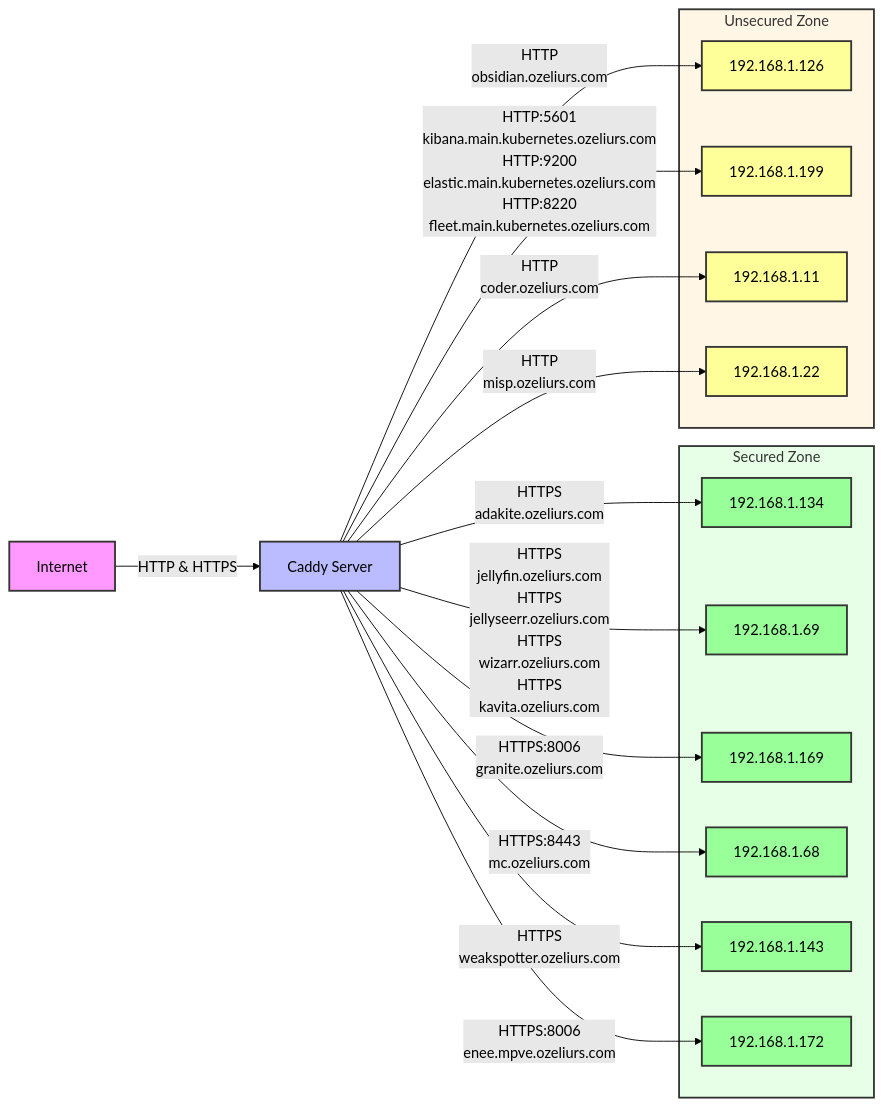
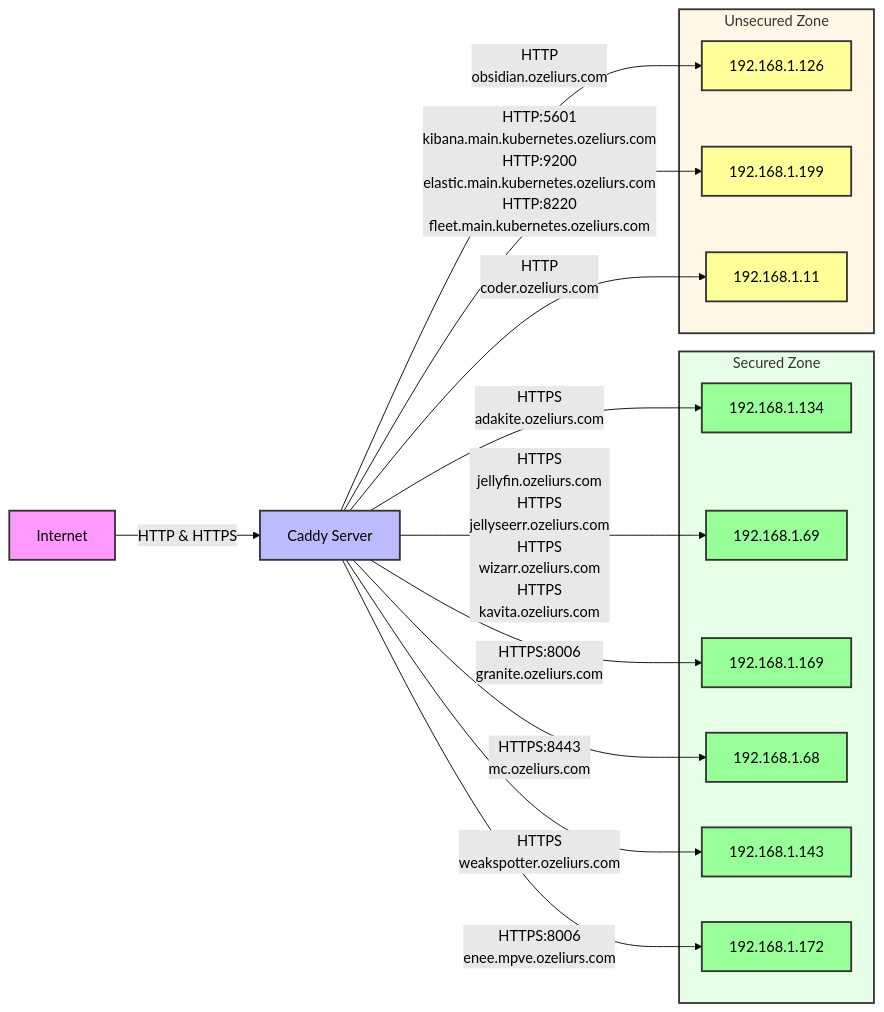
The diagram in README.md (ozeliurs/dc-reverse-proxy-config), drawn with Mermaid (forest theme) before and after one commit. The commit also changed 1 other file, not shown here.

Commit message:
Generate and update Caddyfile, Mermaid diagram, and Dockerfile

````diff
--- a/README.md
+++ b/README.md
@@ -34,60 +34,57 @@
 ```mermaid
 graph LR
     %% Style definitions
     classDef internet fill:#f9f,stroke:#333,stroke-width:2px;
     classDef proxy fill:#bbf,stroke:#333,stroke-width:2px;
     classDef backend fill:#bfb,stroke:#333,stroke-width:2px;
     classDef secure fill:#9f9,stroke:#333,stroke-width:2px;
     classDef unsecure fill:#ff9,stroke:#333,stroke-width:2px;
 
     %% Nodes
     I[Internet]
     C[Caddy Server]
 
     %% Apply styles
     class I internet
     class C proxy
 
     %% Base connections
     I -->|HTTP & HTTPS| C
 
     %% Backend groups
     subgraph Secured[Secured Zone]
         style Secured fill:#e6ffe6,stroke:#333,stroke-width:2px
         S0[192.168.1.134]
         class S0 secure
         S1[192.168.1.69]
         class S1 secure
         S2[192.168.1.169]
         class S2 secure
         S3[192.168.1.68]
         class S3 secure
         S4[192.168.1.143]
         class S4 secure
         S5[192.168.1.172]
         class S5 secure
     end
 
     subgraph Unsecured[Unsecured Zone]
         style Unsecured fill:#fff6e6,stroke:#333,stroke-width:2px
         U0[192.168.1.126]
         class U0 unsecure
         U1[192.168.1.199]
         class U1 unsecure
         U2[192.168.1.11]
         class U2 unsecure
-        U3[192.168.1.22]
-        class U3 unsecure
     end
 
     C -->|HTTPS<br>adakite.ozeliurs.com| S0
     C -->|HTTPS<br>jellyfin.ozeliurs.com<br>HTTPS<br>jellyseerr.ozeliurs.com<br>HTTPS<br>wizarr.ozeliurs.com<br>HTTPS<br>kavita.ozeliurs.com| S1
     C -->|HTTPS:8006<br>granite.ozeliurs.com| S2
     C -->|HTTPS:8443<br>mc.ozeliurs.com| S3
     C -->|HTTP<br>obsidian.ozeliurs.com| U0
     C -->|HTTPS<br>weakspotter.ozeliurs.com| S4
     C -->|HTTP:5601<br>kibana.main.kubernetes.ozeliurs.com<br>HTTP:9200<br>elastic.main.kubernetes.ozeliurs.com<br>HTTP:8220<br>fleet.main.kubernetes.ozeliurs.com| U1
     C -->|HTTPS:8006<br>enee.mpve.ozeliurs.com| S5
     C -->|HTTP<br>coder.ozeliurs.com| U2
-    C -->|HTTP<br>misp.ozeliurs.com| U3
 ```
````
